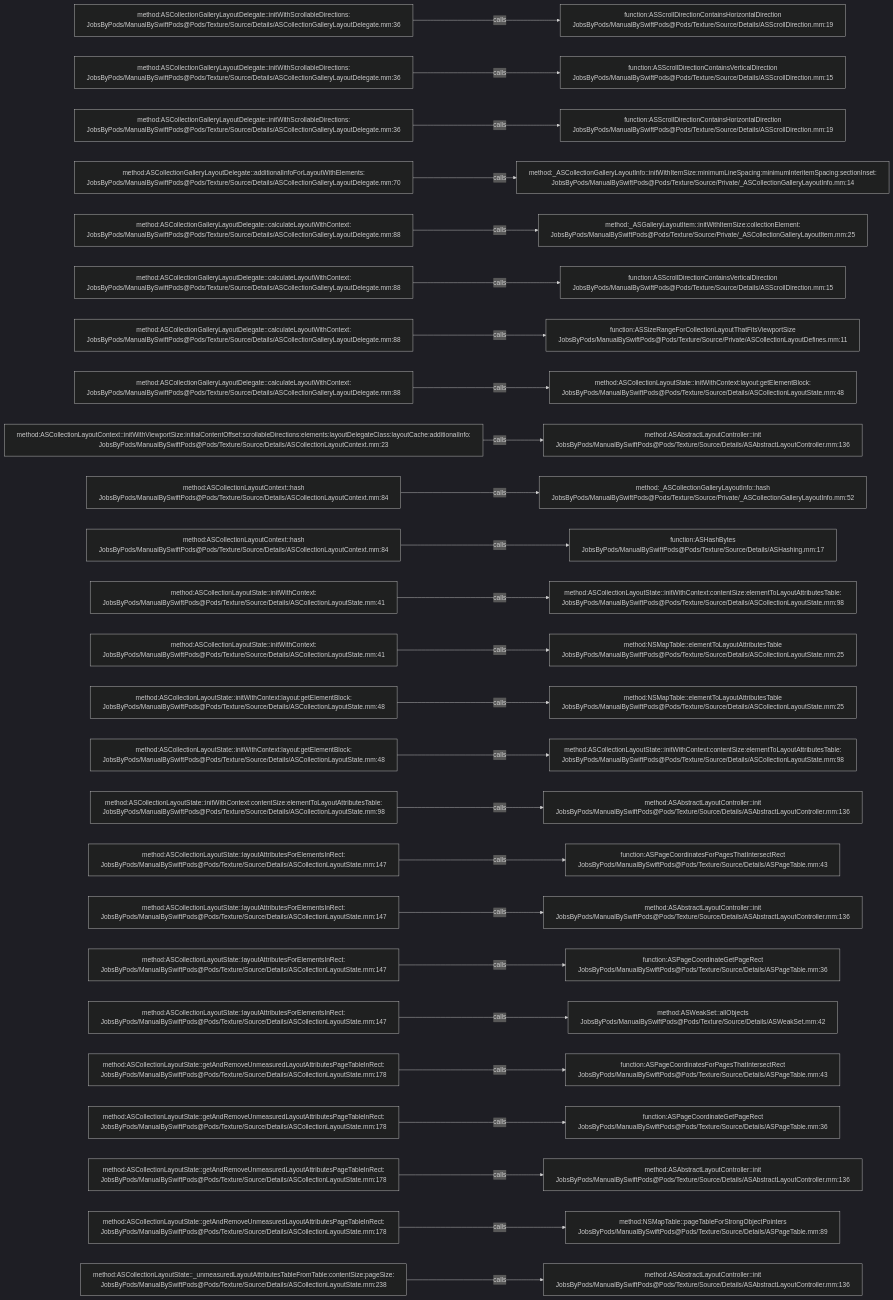
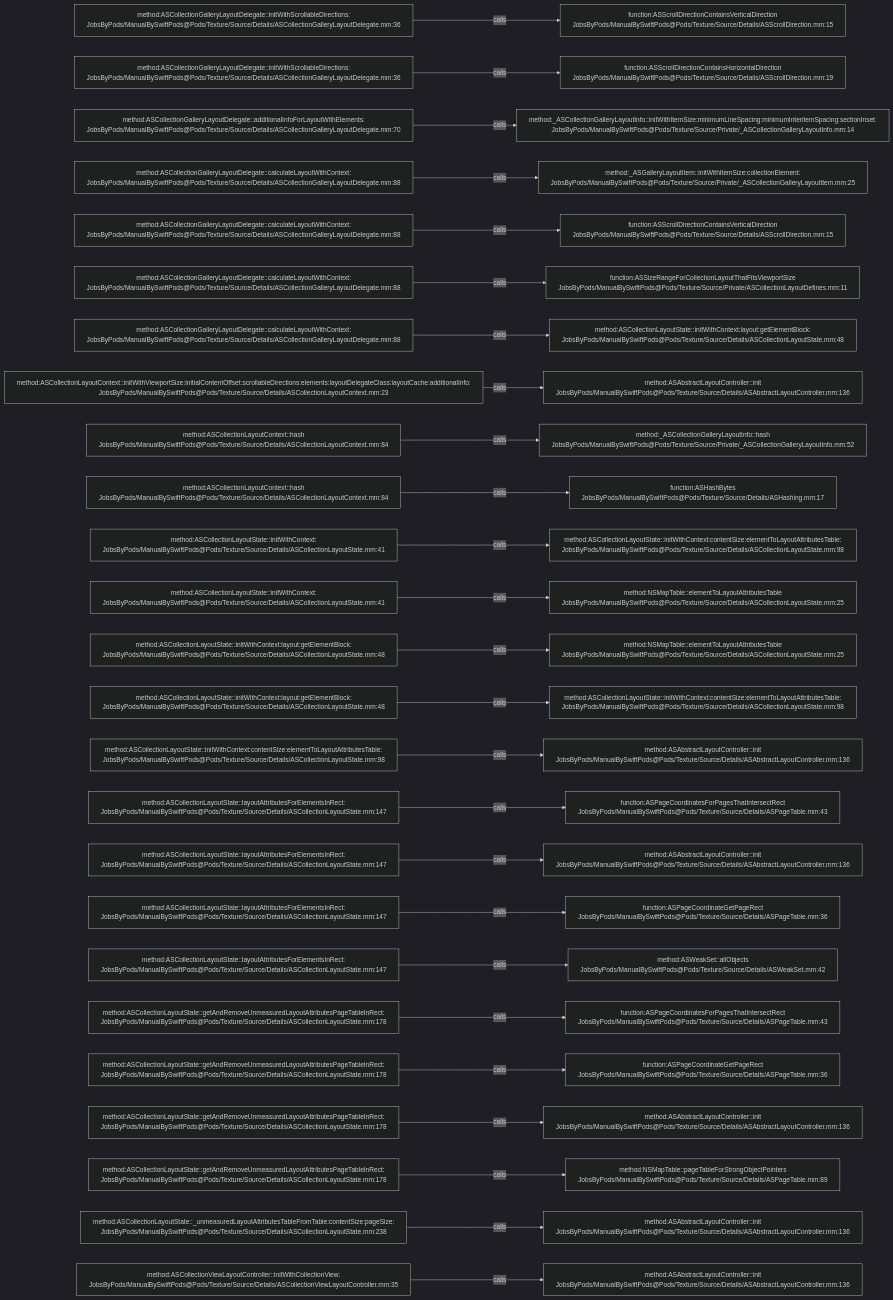
One commit to JobsKits/JobsSwiftBaseConfigDemo changed the diagram in .codegraph/codegraph.md/graphs/calls-083.md. Above: the diagram before and after it, drawn with Mermaid (dark theme). The commit also changed 747 other files, not shown here.

````diff
--- a/.codegraph/codegraph.md/graphs/calls-083.md
+++ b/.codegraph/codegraph.md/graphs/calls-083.md
@@ -13,78 +13,78 @@
 ```mermaid
 flowchart LR
   S1["method:ASCollectionGalleryLayoutDelegate::initWithScrollableDirections:<br/>JobsByPods/ManualBySwiftPods@Pods/Texture/Source/Details/ASCollectionGalleryLayoutDelegate.mm:36"]
-  T1["function:ASScrollDirectionContainsHorizontalDirection<br/>JobsByPods/ManualBySwiftPods@Pods/Texture/Source/Details/ASScrollDirection.mm:19"]
+  T1["function:ASScrollDirectionContainsVerticalDirection<br/>JobsByPods/ManualBySwiftPods@Pods/Texture/Source/Details/ASScrollDirection.mm:15"]
   S1 -->|calls| T1
   S2["method:ASCollectionGalleryLayoutDelegate::initWithScrollableDirections:<br/>JobsByPods/ManualBySwiftPods@Pods/Texture/Source/Details/ASCollectionGalleryLayoutDelegate.mm:36"]
-  T2["function:ASScrollDirectionContainsVerticalDirection<br/>JobsByPods/ManualBySwiftPods@Pods/Texture/Source/Details/ASScrollDirection.mm:15"]
+  T2["function:ASScrollDirectionContainsHorizontalDirection<br/>JobsByPods/ManualBySwiftPods@Pods/Texture/Source/Details/ASScrollDirection.mm:19"]
   S2 -->|calls| T2
-  S3["method:ASCollectionGalleryLayoutDelegate::initWithScrollableDirections:<br/>JobsByPods/ManualBySwiftPods@Pods/Texture/Source/Details/ASCollectionGalleryLayoutDelegate.mm:36"]
-  T3["function:ASScrollDirectionContainsHorizontalDirection<br/>JobsByPods/ManualBySwiftPods@Pods/Texture/Source/Details/ASScrollDirection.mm:19"]
+  S3["method:ASCollectionGalleryLayoutDelegate::additionalInfoForLayoutWithElements:<br/>JobsByPods/ManualBySwiftPods@Pods/Texture/Source/Details/ASCollectionGalleryLayoutDelegate.mm:70"]
+  T3["method:_ASCollectionGalleryLayoutInfo::initWithItemSize:minimumLineSpacing:minimumInteritemSpacing:sectionInset:<br/>JobsByPods/ManualBySwiftPods@Pods/Texture/Source/Private/_ASCollectionGalleryLayoutInfo.mm:14"]
   S3 -->|calls| T3
-  S4["method:ASCollectionGalleryLayoutDelegate::additionalInfoForLayoutWithElements:<br/>JobsByPods/ManualBySwiftPods@Pods/Texture/Source/Details/ASCollectionGalleryLayoutDelegate.mm:70"]
-  T4["method:_ASCollectionGalleryLayoutInfo::initWithItemSize:minimumLineSpacing:minimumInteritemSpacing:sectionInset:<br/>JobsByPods/ManualBySwiftPods@Pods/Texture/Source/Private/_ASCollectionGalleryLayoutInfo.mm:14"]
+  S4["method:ASCollectionGalleryLayoutDelegate::calculateLayoutWithContext:<br/>JobsByPods/ManualBySwiftPods@Pods/Texture/Source/Details/ASCollectionGalleryLayoutDelegate.mm:88"]
+  T4["method:_ASGalleryLayoutItem::initWithItemSize:collectionElement:<br/>JobsByPods/ManualBySwiftPods@Pods/Texture/Source/Private/_ASCollectionGalleryLayoutItem.mm:25"]
   S4 -->|calls| T4
   S5["method:ASCollectionGalleryLayoutDelegate::calculateLayoutWithContext:<br/>JobsByPods/ManualBySwiftPods@Pods/Texture/Source/Details/ASCollectionGalleryLayoutDelegate.mm:88"]
-  T5["method:_ASGalleryLayoutItem::initWithItemSize:collectionElement:<br/>JobsByPods/ManualBySwiftPods@Pods/Texture/Source/Private/_ASCollectionGalleryLayoutItem.mm:25"]
+  T5["function:ASScrollDirectionContainsVerticalDirection<br/>JobsByPods/ManualBySwiftPods@Pods/Texture/Source/Details/ASScrollDirection.mm:15"]
   S5 -->|calls| T5
   S6["method:ASCollectionGalleryLayoutDelegate::calculateLayoutWithContext:<br/>JobsByPods/ManualBySwiftPods@Pods/Texture/Source/Details/ASCollectionGalleryLayoutDelegate.mm:88"]
-  T6["function:ASScrollDirectionContainsVerticalDirection<br/>JobsByPods/ManualBySwiftPods@Pods/Texture/Source/Details/ASScrollDirection.mm:15"]
+  T6["function:ASSizeRangeForCollectionLayoutThatFitsViewportSize<br/>JobsByPods/ManualBySwiftPods@Pods/Texture/Source/Private/ASCollectionLayoutDefines.mm:11"]
   S6 -->|calls| T6
   S7["method:ASCollectionGalleryLayoutDelegate::calculateLayoutWithContext:<br/>JobsByPods/ManualBySwiftPods@Pods/Texture/Source/Details/ASCollectionGalleryLayoutDelegate.mm:88"]
-  T7["function:ASSizeRangeForCollectionLayoutThatFitsViewportSize<br/>JobsByPods/ManualBySwiftPods@Pods/Texture/Source/Private/ASCollectionLayoutDefines.mm:11"]
+  T7["method:ASCollectionLayoutState::initWithContext:layout:getElementBlock:<br/>JobsByPods/ManualBySwiftPods@Pods/Texture/Source/Details/ASCollectionLayoutState.mm:48"]
   S7 -->|calls| T7
-  S8["method:ASCollectionGalleryLayoutDelegate::calculateLayoutWithContext:<br/>JobsByPods/ManualBySwiftPods@Pods/Texture/Source/Details/ASCollectionGalleryLayoutDelegate.mm:88"]
-  T8["method:ASCollectionLayoutState::initWithContext:layout:getElementBlock:<br/>JobsByPods/ManualBySwiftPods@Pods/Texture/Source/Details/ASCollectionLayoutState.mm:48"]
+  S8["method:ASCollectionLayoutContext::initWithViewportSize:initialContentOffset:scrollableDirections:elements:layoutDelegateClass:layoutCache:additionalInfo:<br/>JobsByPods/ManualBySwiftPods@Pods/Texture/Source/Details/ASCollectionLayoutContext.mm:23"]
+  T8["method:ASAbstractLayoutController::init<br/>JobsByPods/ManualBySwiftPods@Pods/Texture/Source/Details/ASAbstractLayoutController.mm:136"]
   S8 -->|calls| T8
-  S9["method:ASCollectionLayoutContext::initWithViewportSize:initialContentOffset:scrollableDirections:elements:layoutDelegateClass:layoutCache:additionalInfo:<br/>JobsByPods/ManualBySwiftPods@Pods/Texture/Source/Details/ASCollectionLayoutContext.mm:23"]
-  T9["method:ASAbstractLayoutController::init<br/>JobsByPods/ManualBySwiftPods@Pods/Texture/Source/Details/ASAbstractLayoutController.mm:136"]
+  S9["method:ASCollectionLayoutContext::hash<br/>JobsByPods/ManualBySwiftPods@Pods/Texture/Source/Details/ASCollectionLayoutContext.mm:84"]
+  T9["method:_ASCollectionGalleryLayoutInfo::hash<br/>JobsByPods/ManualBySwiftPods@Pods/Texture/Source/Private/_ASCollectionGalleryLayoutInfo.mm:52"]
   S9 -->|calls| T9
   S10["method:ASCollectionLayoutContext::hash<br/>JobsByPods/ManualBySwiftPods@Pods/Texture/Source/Details/ASCollectionLayoutContext.mm:84"]
-  T10["method:_ASCollectionGalleryLayoutInfo::hash<br/>JobsByPods/ManualBySwiftPods@Pods/Texture/Source/Private/_ASCollectionGalleryLayoutInfo.mm:52"]
+  T10["function:ASHashBytes<br/>JobsByPods/ManualBySwiftPods@Pods/Texture/Source/Details/ASHashing.mm:17"]
   S10 -->|calls| T10
-  S11["method:ASCollectionLayoutContext::hash<br/>JobsByPods/ManualBySwiftPods@Pods/Texture/Source/Details/ASCollectionLayoutContext.mm:84"]
-  T11["function:ASHashBytes<br/>JobsByPods/ManualBySwiftPods@Pods/Texture/Source/Details/ASHashing.mm:17"]
+  S11["method:ASCollectionLayoutState::initWithContext:<br/>JobsByPods/ManualBySwiftPods@Pods/Texture/Source/Details/ASCollectionLayoutState.mm:41"]
+  T11["method:ASCollectionLayoutState::initWithContext:contentSize:elementToLayoutAttributesTable:<br/>JobsByPods/ManualBySwiftPods@Pods/Texture/Source/Details/ASCollectionLayoutState.mm:98"]
   S11 -->|calls| T11
   S12["method:ASCollectionLayoutState::initWithContext:<br/>JobsByPods/ManualBySwiftPods@Pods/Texture/Source/Details/ASCollectionLayoutState.mm:41"]
-  T12["method:ASCollectionLayoutState::initWithContext:contentSize:elementToLayoutAttributesTable:<br/>JobsByPods/ManualBySwiftPods@Pods/Texture/Source/Details/ASCollectionLayoutState.mm:98"]
+  T12["method:NSMapTable::elementToLayoutAttributesTable<br/>JobsByPods/ManualBySwiftPods@Pods/Texture/Source/Details/ASCollectionLayoutState.mm:25"]
   S12 -->|calls| T12
-  S13["method:ASCollectionLayoutState::initWithContext:<br/>JobsByPods/ManualBySwiftPods@Pods/Texture/Source/Details/ASCollectionLayoutState.mm:41"]
+  S13["method:ASCollectionLayoutState::initWithContext:layout:getElementBlock:<br/>JobsByPods/ManualBySwiftPods@Pods/Texture/Source/Details/ASCollectionLayoutState.mm:48"]
   T13["method:NSMapTable::elementToLayoutAttributesTable<br/>JobsByPods/ManualBySwiftPods@Pods/Texture/Source/Details/ASCollectionLayoutState.mm:25"]
   S13 -->|calls| T13
   S14["method:ASCollectionLayoutState::initWithContext:layout:getElementBlock:<br/>JobsByPods/ManualBySwiftPods@Pods/Texture/Source/Details/ASCollectionLayoutState.mm:48"]
-  T14["method:NSMapTable::elementToLayoutAttributesTable<br/>JobsByPods/ManualBySwiftPods@Pods/Texture/Source/Details/ASCollectionLayoutState.mm:25"]
+  T14["method:ASCollectionLayoutState::initWithContext:contentSize:elementToLayoutAttributesTable:<br/>JobsByPods/ManualBySwiftPods@Pods/Texture/Source/Details/ASCollectionLayoutState.mm:98"]
   S14 -->|calls| T14
-  S15["method:ASCollectionLayoutState::initWithContext:layout:getElementBlock:<br/>JobsByPods/ManualBySwiftPods@Pods/Texture/Source/Details/ASCollectionLayoutState.mm:48"]
-  T15["method:ASCollectionLayoutState::initWithContext:contentSize:elementToLayoutAttributesTable:<br/>JobsByPods/ManualBySwiftPods@Pods/Texture/Source/Details/ASCollectionLayoutState.mm:98"]
+  S15["method:ASCollectionLayoutState::initWithContext:contentSize:elementToLayoutAttributesTable:<br/>JobsByPods/ManualBySwiftPods@Pods/Texture/Source/Details/ASCollectionLayoutState.mm:98"]
+  T15["method:ASAbstractLayoutController::init<br/>JobsByPods/ManualBySwiftPods@Pods/Texture/Source/Details/ASAbstractLayoutController.mm:136"]
   S15 -->|calls| T15
-  S16["method:ASCollectionLayoutState::initWithContext:contentSize:elementToLayoutAttributesTable:<br/>JobsByPods/ManualBySwiftPods@Pods/Texture/Source/Details/ASCollectionLayoutState.mm:98"]
-  T16["method:ASAbstractLayoutController::init<br/>JobsByPods/ManualBySwiftPods@Pods/Texture/Source/Details/ASAbstractLayoutController.mm:136"]
+  S16["method:ASCollectionLayoutState::layoutAttributesForElementsInRect:<br/>JobsByPods/ManualBySwiftPods@Pods/Texture/Source/Details/ASCollectionLayoutState.mm:147"]
+  T16["function:ASPageCoordinatesForPagesThatIntersectRect<br/>JobsByPods/ManualBySwiftPods@Pods/Texture/Source/Details/ASPageTable.mm:43"]
   S16 -->|calls| T16
   S17["method:ASCollectionLayoutState::layoutAttributesForElementsInRect:<br/>JobsByPods/ManualBySwiftPods@Pods/Texture/Source/Details/ASCollectionLayoutState.mm:147"]
-  T17["function:ASPageCoordinatesForPagesThatIntersectRect<br/>JobsByPods/ManualBySwiftPods@Pods/Texture/Source/Details/ASPageTable.mm:43"]
+  T17["method:ASAbstractLayoutController::init<br/>JobsByPods/ManualBySwiftPods@Pods/Texture/Source/Details/ASAbstractLayoutController.mm:136"]
   S17 -->|calls| T17
   S18["method:ASCollectionLayoutState::layoutAttributesForElementsInRect:<br/>JobsByPods/ManualBySwiftPods@Pods/Texture/Source/Details/ASCollectionLayoutState.mm:147"]
-  T18["method:ASAbstractLayoutController::init<br/>JobsByPods/ManualBySwiftPods@Pods/Texture/Source/Details/ASAbstractLayoutController.mm:136"]
+  T18["function:ASPageCoordinateGetPageRect<br/>JobsByPods/ManualBySwiftPods@Pods/Texture/Source/Details/ASPageTable.mm:36"]
   S18 -->|calls| T18
   S19["method:ASCollectionLayoutState::layoutAttributesForElementsInRect:<br/>JobsByPods/ManualBySwiftPods@Pods/Texture/Source/Details/ASCollectionLayoutState.mm:147"]
-  T19["function:ASPageCoordinateGetPageRect<br/>JobsByPods/ManualBySwiftPods@Pods/Texture/Source/Details/ASPageTable.mm:36"]
+  T19["method:ASWeakSet::allObjects<br/>JobsByPods/ManualBySwiftPods@Pods/Texture/Source/Details/ASWeakSet.mm:42"]
   S19 -->|calls| T19
-  S20["method:ASCollectionLayoutState::layoutAttributesForElementsInRect:<br/>JobsByPods/ManualBySwiftPods@Pods/Texture/Source/Details/ASCollectionLayoutState.mm:147"]
-  T20["method:ASWeakSet::allObjects<br/>JobsByPods/ManualBySwiftPods@Pods/Texture/Source/Details/ASWeakSet.mm:42"]
+  S20["method:ASCollectionLayoutState::getAndRemoveUnmeasuredLayoutAttributesPageTableInRect:<br/>JobsByPods/ManualBySwiftPods@Pods/Texture/Source/Details/ASCollectionLayoutState.mm:178"]
+  T20["function:ASPageCoordinatesForPagesThatIntersectRect<br/>JobsByPods/ManualBySwiftPods@Pods/Texture/Source/Details/ASPageTable.mm:43"]
   S20 -->|calls| T20
   S21["method:ASCollectionLayoutState::getAndRemoveUnmeasuredLayoutAttributesPageTableInRect:<br/>JobsByPods/ManualBySwiftPods@Pods/Texture/Source/Details/ASCollectionLayoutState.mm:178"]
-  T21["function:ASPageCoordinatesForPagesThatIntersectRect<br/>JobsByPods/ManualBySwiftPods@Pods/Texture/Source/Details/ASPageTable.mm:43"]
+  T21["function:ASPageCoordinateGetPageRect<br/>JobsByPods/ManualBySwiftPods@Pods/Texture/Source/Details/ASPageTable.mm:36"]
   S21 -->|calls| T21
   S22["method:ASCollectionLayoutState::getAndRemoveUnmeasuredLayoutAttributesPageTableInRect:<br/>JobsByPods/ManualBySwiftPods@Pods/Texture/Source/Details/ASCollectionLayoutState.mm:178"]
-  T22["function:ASPageCoordinateGetPageRect<br/>JobsByPods/ManualBySwiftPods@Pods/Texture/Source/Details/ASPageTable.mm:36"]
+  T22["method:ASAbstractLayoutController::init<br/>JobsByPods/ManualBySwiftPods@Pods/Texture/Source/Details/ASAbstractLayoutController.mm:136"]
   S22 -->|calls| T22
   S23["method:ASCollectionLayoutState::getAndRemoveUnmeasuredLayoutAttributesPageTableInRect:<br/>JobsByPods/ManualBySwiftPods@Pods/Texture/Source/Details/ASCollectionLayoutState.mm:178"]
-  T23["method:ASAbstractLayoutController::init<br/>JobsByPods/ManualBySwiftPods@Pods/Texture/Source/Details/ASAbstractLayoutController.mm:136"]
+  T23["method:NSMapTable::pageTableForStrongObjectPointers<br/>JobsByPods/ManualBySwiftPods@Pods/Texture/Source/Details/ASPageTable.mm:89"]
   S23 -->|calls| T23
-  S24["method:ASCollectionLayoutState::getAndRemoveUnmeasuredLayoutAttributesPageTableInRect:<br/>JobsByPods/ManualBySwiftPods@Pods/Texture/Source/Details/ASCollectionLayoutState.mm:178"]
-  T24["method:NSMapTable::pageTableForStrongObjectPointers<br/>JobsByPods/ManualBySwiftPods@Pods/Texture/Source/Details/ASPageTable.mm:89"]
+  S24["method:ASCollectionLayoutState::_unmeasuredLayoutAttributesTableFromTable:contentSize:pageSize:<br/>JobsByPods/ManualBySwiftPods@Pods/Texture/Source/Details/ASCollectionLayoutState.mm:238"]
+  T24["method:ASAbstractLayoutController::init<br/>JobsByPods/ManualBySwiftPods@Pods/Texture/Source/Details/ASAbstractLayoutController.mm:136"]
   S24 -->|calls| T24
-  S25["method:ASCollectionLayoutState::_unmeasuredLayoutAttributesTableFromTable:contentSize:pageSize:<br/>JobsByPods/ManualBySwiftPods@Pods/Texture/Source/Details/ASCollectionLayoutState.mm:238"]
+  S25["method:ASCollectionViewLayoutController::initWithCollectionView:<br/>JobsByPods/ManualBySwiftPods@Pods/Texture/Source/Details/ASCollectionViewLayoutController.mm:35"]
   T25["method:ASAbstractLayoutController::init<br/>JobsByPods/ManualBySwiftPods@Pods/Texture/Source/Details/ASAbstractLayoutController.mm:136"]
   S25 -->|calls| T25
 ```
````
